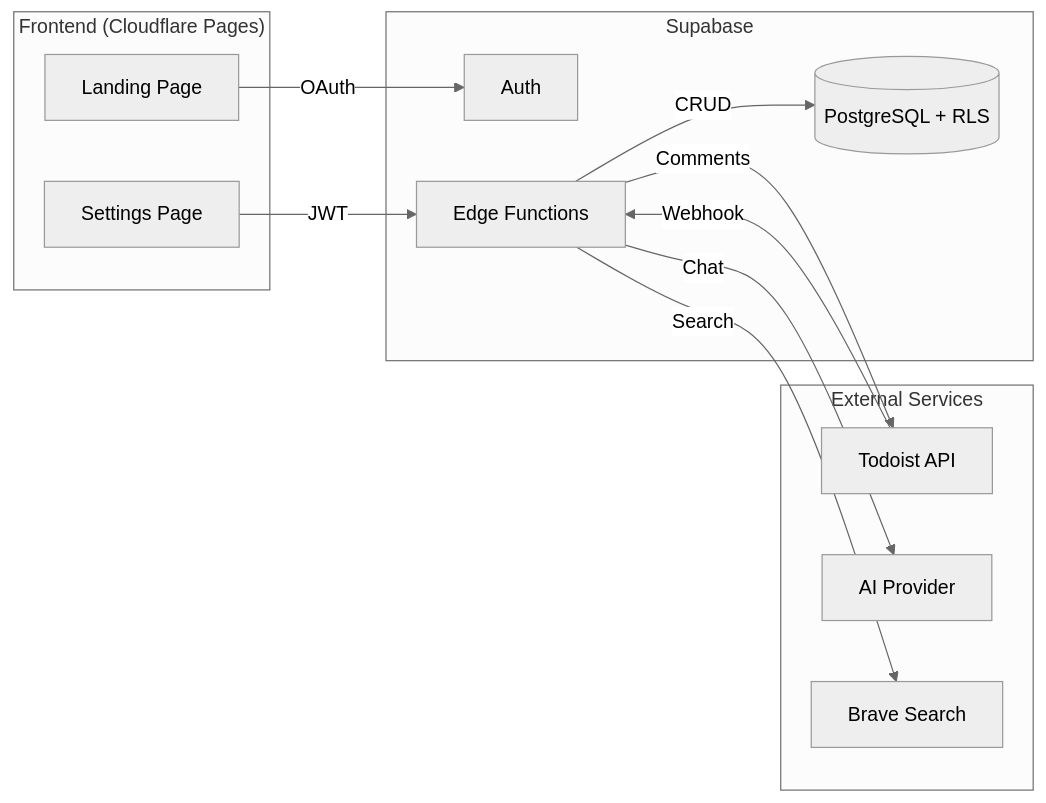
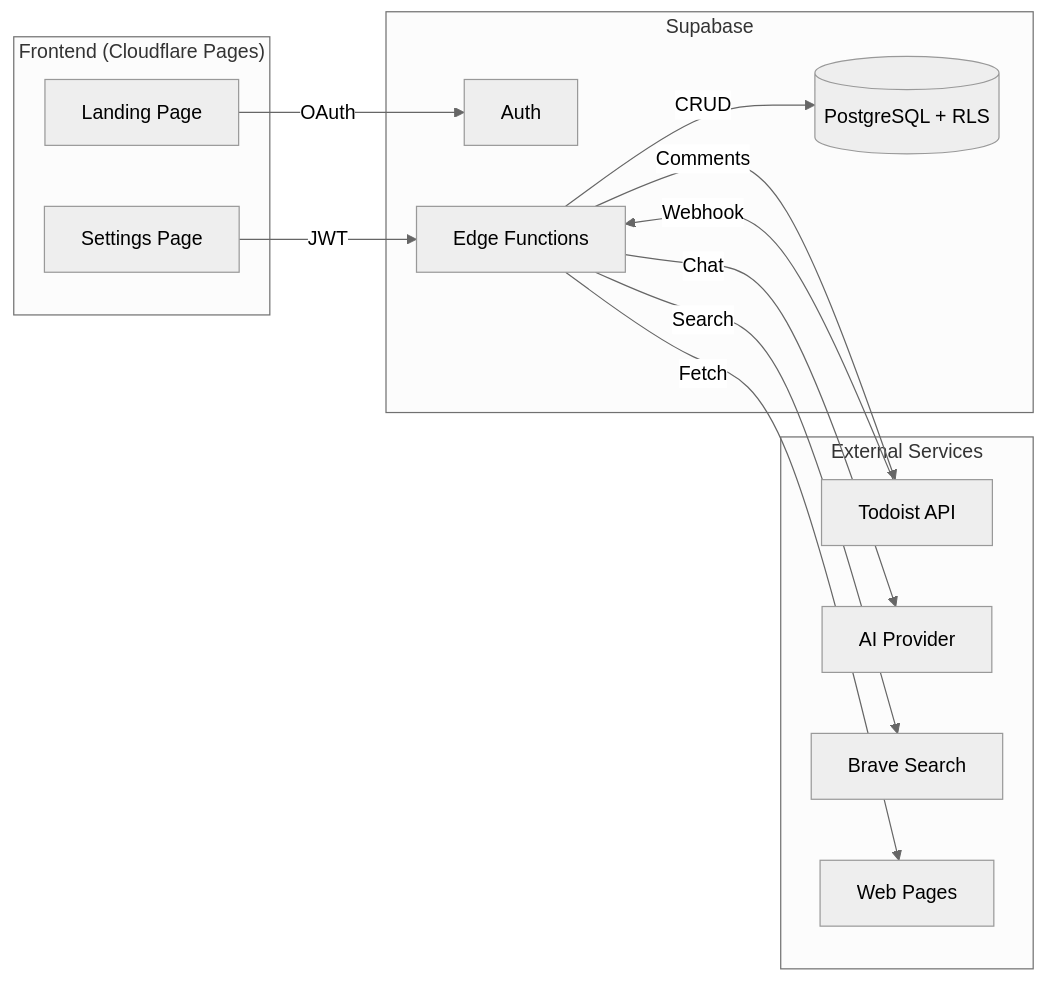
One commit to viktor-svirsky/todoist-ai-agent changed the second of 2 diagrams in README.md. Above: the diagram before and after it, drawn with Mermaid (neutral theme). The commit also changed other lines of this file and 5 other files, not shown here.

First line of the commit message:
feat: add fetch_url tool for reading web page content (#185)

````diff
--- a/README.md
+++ b/README.md
@@ -73,27 +78,29 @@
 ```mermaid
 graph LR
     subgraph Frontend ["Frontend (Cloudflare Pages)"]
         LP[Landing Page]
         SP[Settings Page]
     end
 
     subgraph Supabase ["Supabase"]
         Auth[Auth]
         DB[(PostgreSQL + RLS)]
         EF[Edge Functions]
     end
 
     subgraph External ["External Services"]
         TD[Todoist API]
         AI[AI Provider]
         BS[Brave Search]
+        WP[Web Pages]
     end
 
     LP -->|OAuth| Auth
     SP -->|JWT| EF
     TD -->|Webhook| EF
     EF -->|CRUD| DB
     EF -->|Chat| AI
     EF -->|Search| BS
+    EF -->|Fetch| WP
     EF -->|Comments| TD
 ```
````
